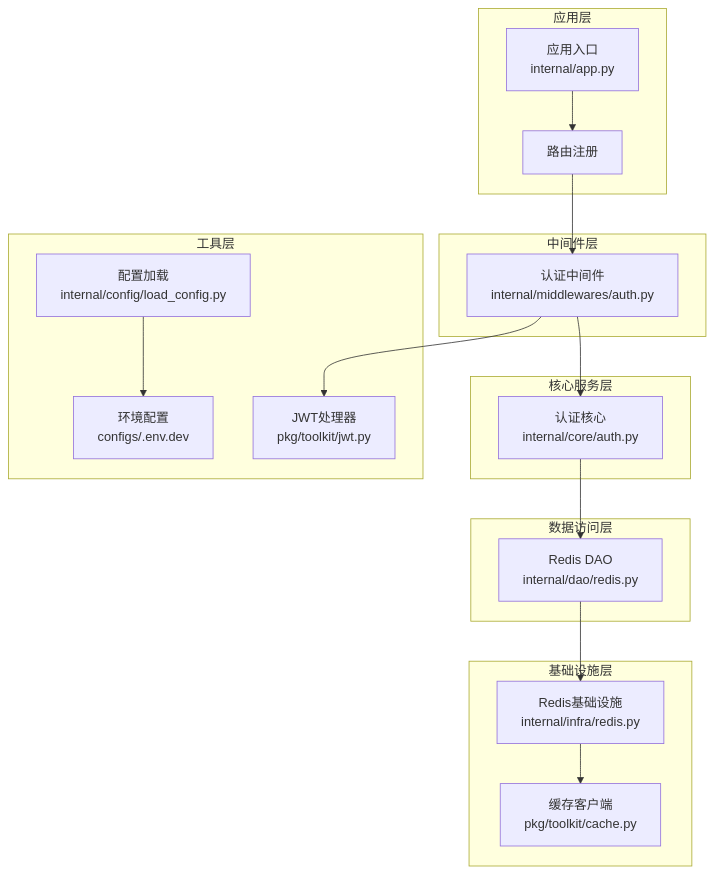
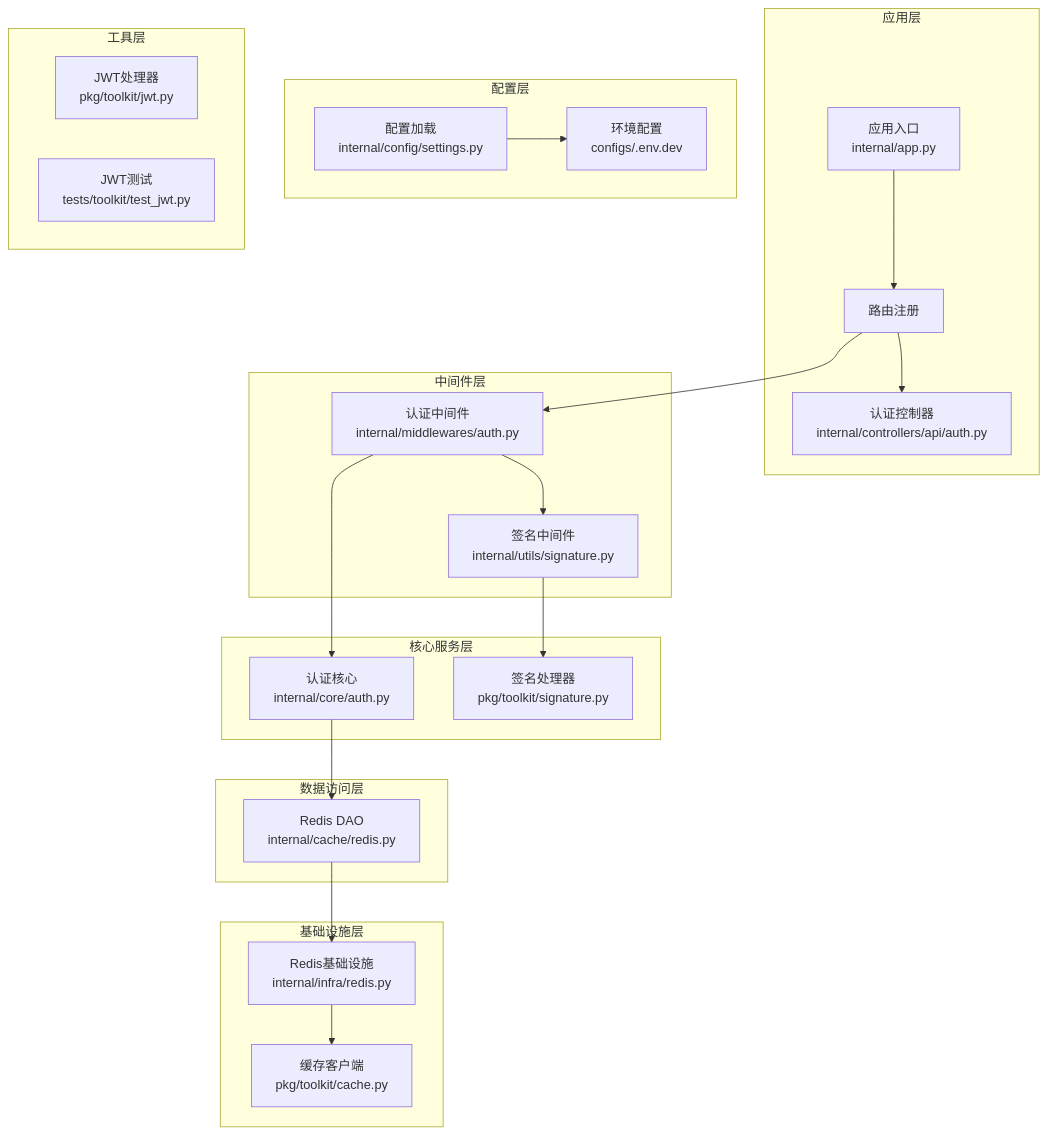
One commit to lilinzezzzzzz/fastapi-backend changed the first of 7 diagrams in .qoder/repowiki/zh/content/安全认证机制/JWT Token认证.md. Above: the diagram before and after it, drawn with Mermaid. The commit also changed other lines of this file and 38 other files, not shown here.

````diff
--- a/.qoder/repowiki/zh/content/安全认证机制/JWT Token认证.md
+++ b/.qoder/repowiki/zh/content/安全认证机制/JWT Token认证.md
@@ -44,33 +60,42 @@
 ```mermaid
 graph TB
 subgraph "应用层"
 APP["应用入口<br/>internal/app.py"]
 ROUTER["路由注册"]
+AUTH_CONTROLLER["认证控制器<br/>internal/controllers/api/auth.py"]
 end
 subgraph "中间件层"
 AUTH_MIDDLEWARE["认证中间件<br/>internal/middlewares/auth.py"]
+SIGNATURE_MIDDLEWARE["签名中间件<br/>internal/utils/signature.py"]
 end
 subgraph "核心服务层"
 CORE_AUTH["认证核心<br/>internal/core/auth.py"]
+SIGNATURE_HANDLER["签名处理器<br/>pkg/toolkit/signature.py"]
 end
 subgraph "数据访问层"
-DAO_REDIS["Redis DAO<br/>internal/dao/redis.py"]
+CACHE_DAO["Redis DAO<br/>internal/cache/redis.py"]
 end
 subgraph "基础设施层"
-INFRA_REDIS["Redis基础设施<br/>internal/infra/redis.py"]
+REDIS_INFRA["Redis基础设施<br/>internal/infra/redis.py"]
 CACHE_CLIENT["缓存客户端<br/>pkg/toolkit/cache.py"]
+end
+subgraph "配置层"
+SETTINGS["配置加载<br/>internal/config/settings.py"]
+ENV["环境配置<br/>configs/.env.dev"]
 end
 subgraph "工具层"
 JWT_HANDLER["JWT处理器<br/>pkg/toolkit/jwt.py"]
-CONFIG["配置加载<br/>internal/config/load_config.py"]
-ENV["环境配置<br/>configs/.env.dev"]
+SIGNATURE_HANDLER["签名处理器<br/>pkg/toolkit/signature.py"]
+TEST_JWT["JWT测试<br/>tests/toolkit/test_jwt.py"]
 end
 APP --> ROUTER
+ROUTER --> AUTH_CONTROLLER
 ROUTER --> AUTH_MIDDLEWARE
 AUTH_MIDDLEWARE --> CORE_AUTH
-CORE_AUTH --> DAO_REDIS
-DAO_REDIS --> INFRA_REDIS
-INFRA_REDIS --> CACHE_CLIENT
-CONFIG --> ENV
-AUTH_MIDDLEWARE --> JWT_HANDLER
+CORE_AUTH --> CACHE_DAO
+CACHE_DAO --> REDIS_INFRA
+REDIS_INFRA --> CACHE_CLIENT
+SETTINGS --> ENV
+AUTH_MIDDLEWARE --> SIGNATURE_MIDDLEWARE
+SIGNATURE_MIDDLEWARE --> SIGNATURE_HANDLER
 ```
````
